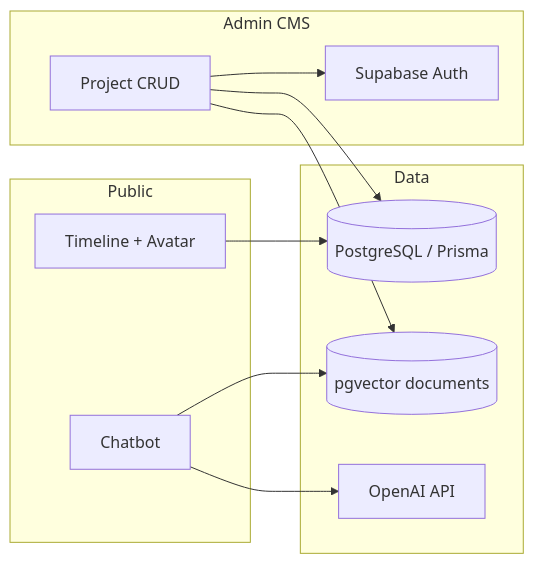
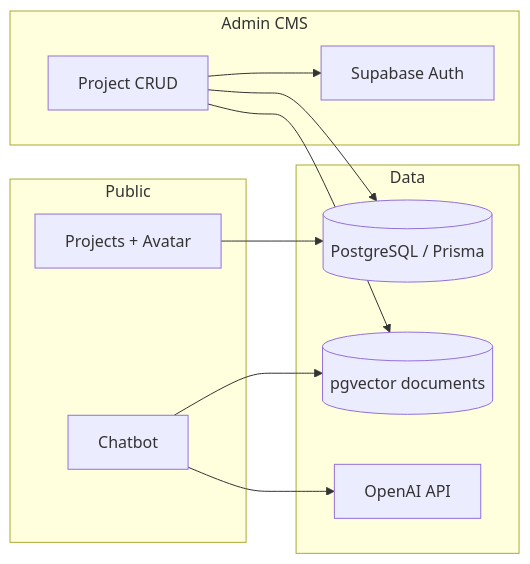
Before and after one commit to Louis-jk/portfolio: the diagram in README.md, drawn with Mermaid. The commit also changed other lines of this file and 62 other files, not shown here.

First line of the commit message:
refactor: rename timeline to projects and restructure public UI (#17)

````diff
--- a/README.md
+++ b/README.md
@@ -122,22 +133,22 @@
 ```mermaid
 flowchart LR
   subgraph public [Public]
-    Home[Timeline + Avatar]
+    Home[Projects + Avatar]
     Bot[Chatbot]
   end
   subgraph admin [Admin CMS]
     Auth[Supabase Auth]
     CMS[Project CRUD]
   end
   subgraph data [Data]
     PG[(PostgreSQL / Prisma)]
     Vec[(pgvector documents)]
     OAI[OpenAI API]
   end
   Home --> PG
   Bot --> OAI
   Bot --> Vec
   CMS --> Auth
   CMS --> PG
   CMS --> Vec
 ```
````
